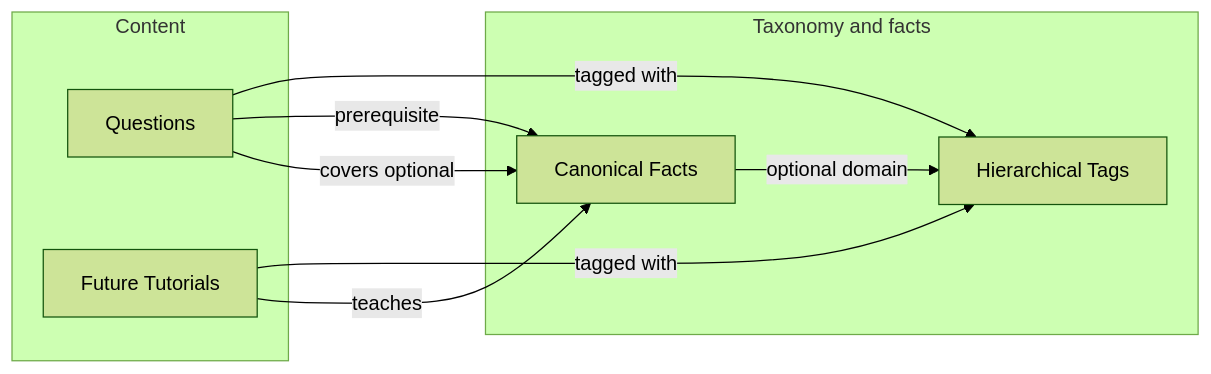
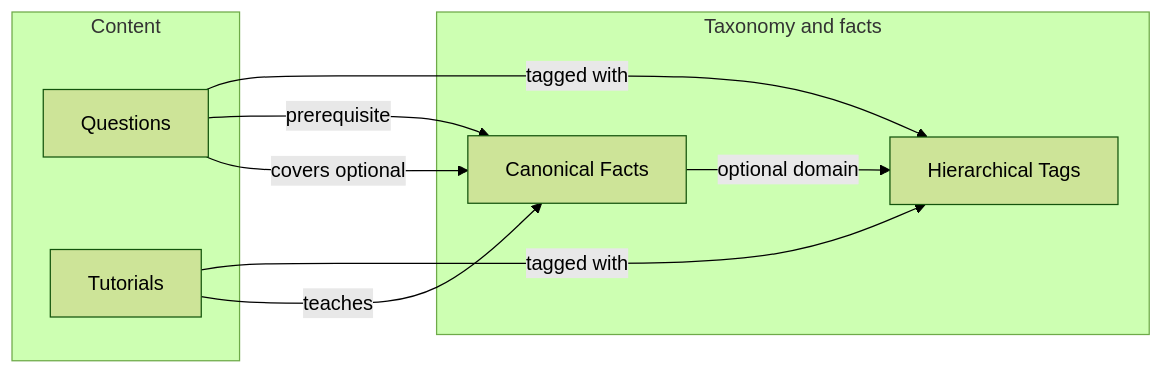
One commit to y-rosenthal/yrS3 changed the diagram in docs/SPEC-0.0.8-HIERARCHICAL-TAGS-AND-CANONICAL-FACTS.qmd. Above: the diagram before and after it, drawn with Mermaid (forest theme). The commit also changed other lines of this file and 1 other file, not shown here.

````diff
--- a/docs/SPEC-0.0.8-HIERARCHICAL-TAGS-AND-CANONICAL-FACTS.qmd
+++ b/docs/SPEC-0.0.8-HIERARCHICAL-TAGS-AND-CANONICAL-FACTS.qmd
@@ -122,17 +219,17 @@
 ```mermaid
 flowchart LR
-  subgraph content [Content]
+  subgraph contentGrp [Content]
     Q[Questions]
-    T[Future Tutorials]
+    T[Tutorials]
   end
-  subgraph taxonomy [Taxonomy and facts]
+  subgraph taxonomyGrp [Taxonomy and facts]
     Tags[Hierarchical Tags]
     Facts[Canonical Facts]
   end
   Q -->|tagged with| Tags
   T -->|tagged with| Tags
   Q -->|prerequisite| Facts
   Q -->|covers optional| Facts
   T -->|teaches| Facts
   Facts -->|optional domain| Tags
 ```
````
